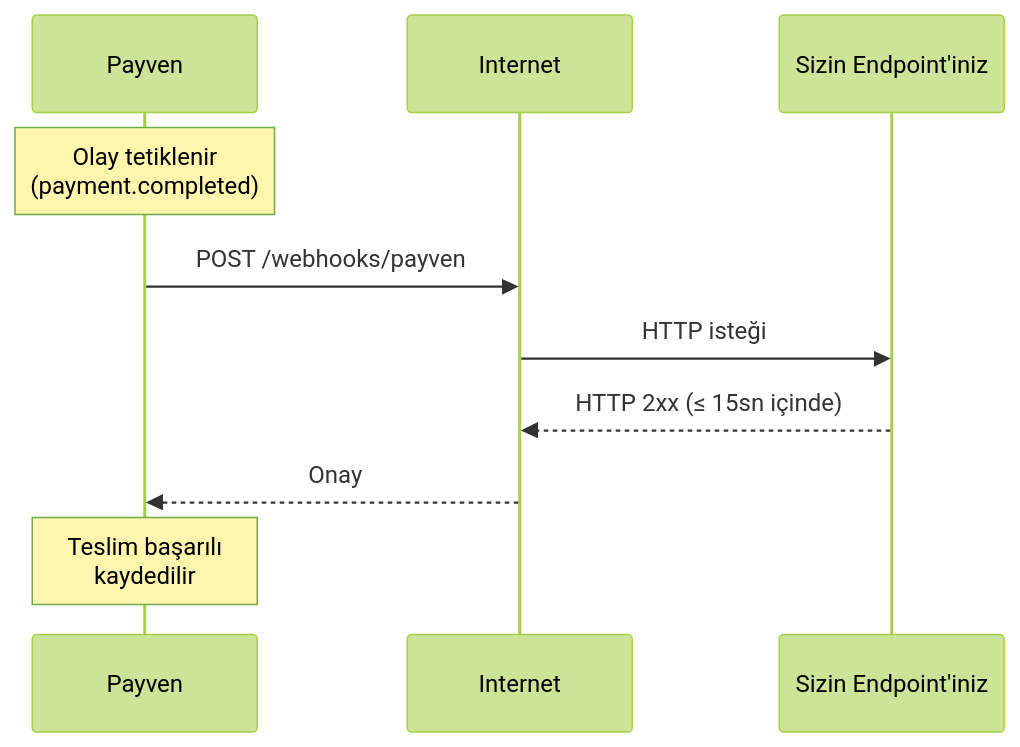
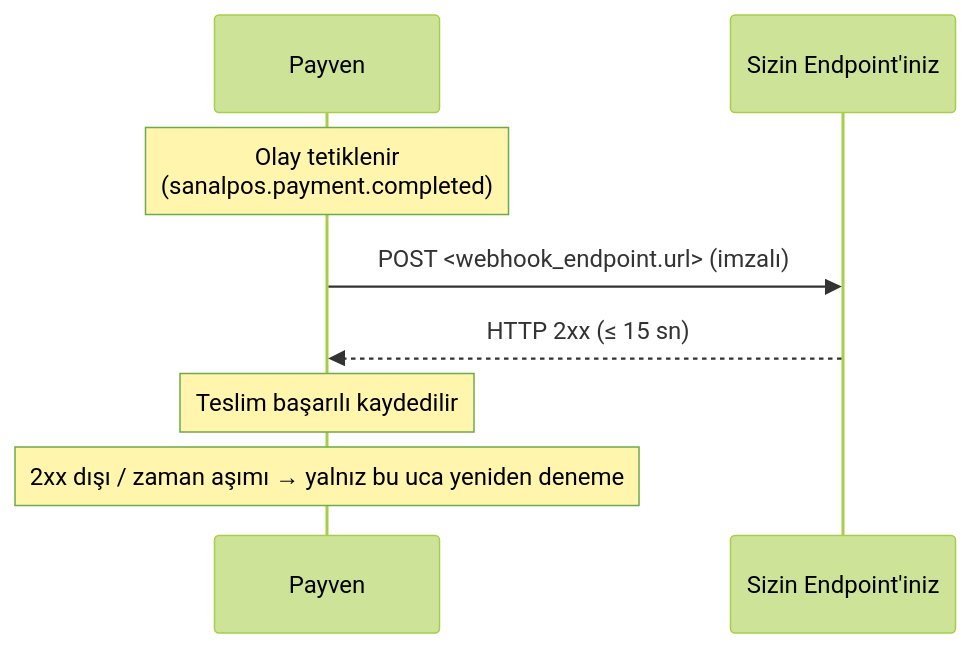
The diagram in documentation/concepts/webhooks.mdx (payment-pos/mintlify), drawn with Mermaid (forest theme) before and after one commit. The commit also changed other lines of this file and 43 other files, not shown here.

Commit message:
docs: webhook olay kodlari urun onekli, tek /webhook-endpoints ucu, olay listesi sayfasi, changelog

````diff
--- a/documentation/concepts/webhooks.mdx
+++ b/documentation/concepts/webhooks.mdx
@@ -23,13 +30,11 @@
 ```mermaid
 sequenceDiagram
     participant Payven
-    participant Net as Internet
     participant You as Sizin Endpoint'iniz
 
-    Note over Payven: Olay tetiklenir<br/>(payment.completed)
-    Payven->>Net: POST /webhooks/payven
-    Net->>You: HTTP isteği
-    You-->>Net: HTTP 2xx (≤ 15sn içinde)
-    Net-->>Payven: Onay
-    Note over Payven: Teslim başarılı<br/>kaydedilir
+    Note over Payven: Olay tetiklenir<br/>(sanalpos.payment.completed)
+    Payven->>You: POST <webhook_endpoint.url> (imzalı)
+    You-->>Payven: HTTP 2xx (≤ 15 sn)
+    Note over Payven: Teslim başarılı kaydedilir
+    Note over Payven: 2xx dışı / zaman aşımı → yalnız bu uca yeniden deneme
 ```
````
